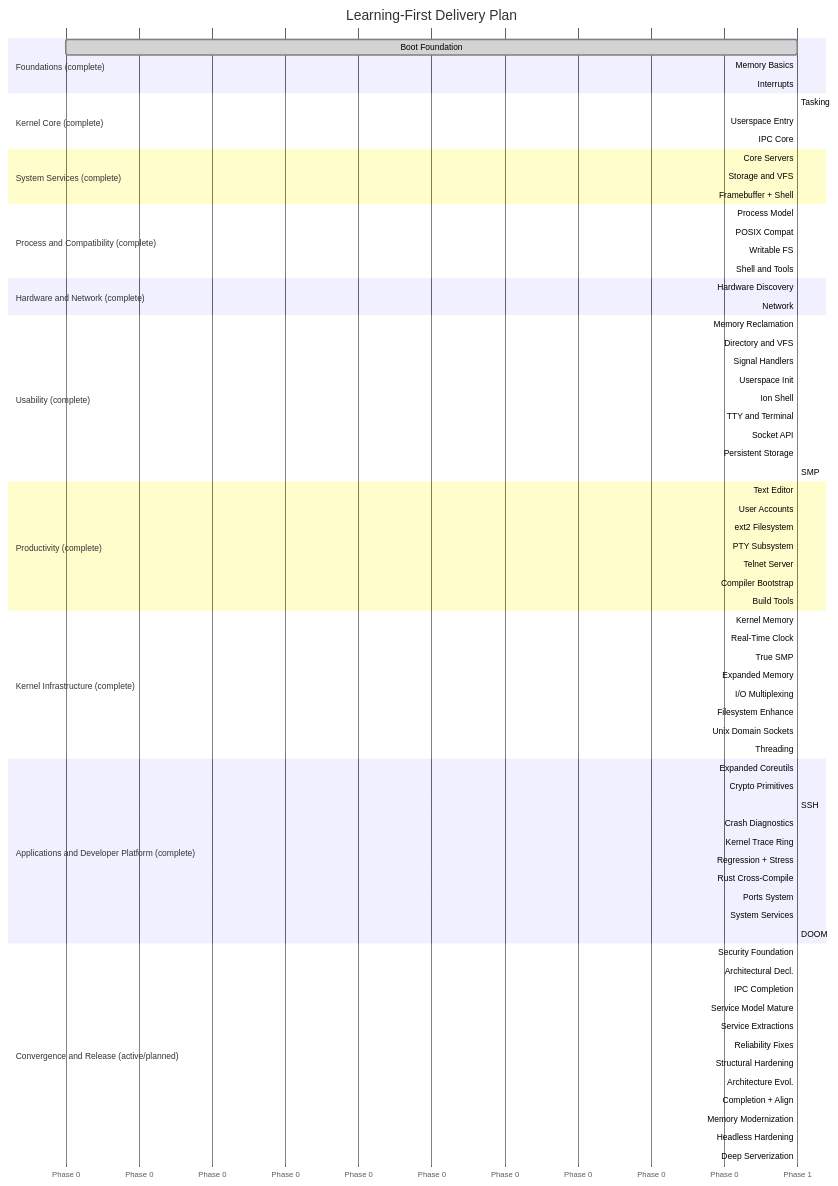
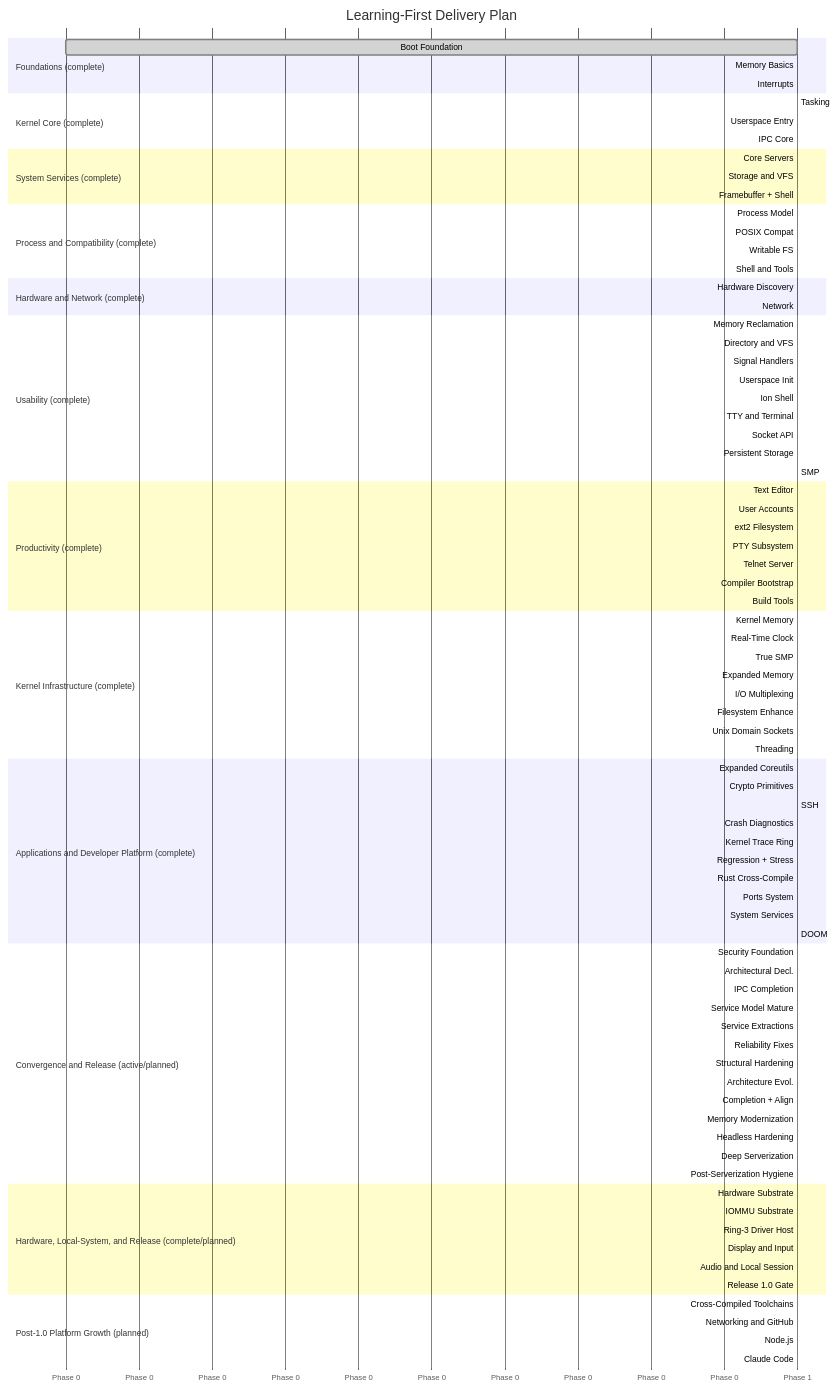
Before and after one commit to mikecubed/m3OS: the second of 2 diagrams in docs/roadmap/README.md, drawn with Mermaid. The commit also changed other lines of this file and 46 other files, not shown here.

First line of the commit message:
feat(phase-55): hardware substrate — PCIe modernization, HAL, NVMe + e1000 drivers, version 0.55.0 (#113)

````diff
--- a/docs/roadmap/README.md
+++ b/docs/roadmap/README.md
@@ -387,7 +391,22 @@
     Structural Hardening :done, p52b, after p52a, 1
     Architecture Evol.   :done, p52c, after p52b, 1
     Completion + Align   :done, p52d, after p52c, 1
-    Memory Modernization :p53a, after p52d, 1
-    Headless Hardening   :p53, after p53a, 1
-    Deep Serverization   :p54, after p53, 1
+    Memory Modernization :done, p53a, after p52d, 1
+    Headless Hardening   :done, p53, after p53a, 1
+    Deep Serverization   :done, p54, after p53, 1
+    Post-Serverization Hygiene :p54a, after p54, 1
+
+    section Hardware, Local-System, and Release (complete/planned)
+    Hardware Substrate      :done, p55, after p54a, 1
+    IOMMU Substrate         :p55a, after p55, 1
+    Ring-3 Driver Host      :p55b, after p55a, 1
+    Display and Input       :p56, after p55b, 1
+    Audio and Local Session :p57, after p56, 1
+    Release 1.0 Gate        :p58, after p57, 1
+
+    section Post-1.0 Platform Growth (planned)
+    Cross-Compiled Toolchains :p59, after p58, 1
+    Networking and GitHub     :p60, after p59, 1
+    Node.js                   :p61, after p60, 1
+    Claude Code               :p62, after p61, 1
 ```
````
